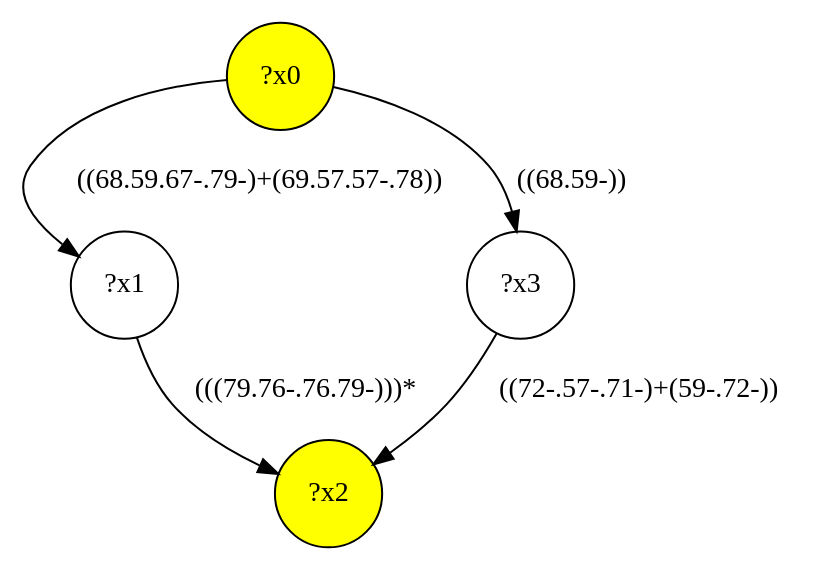
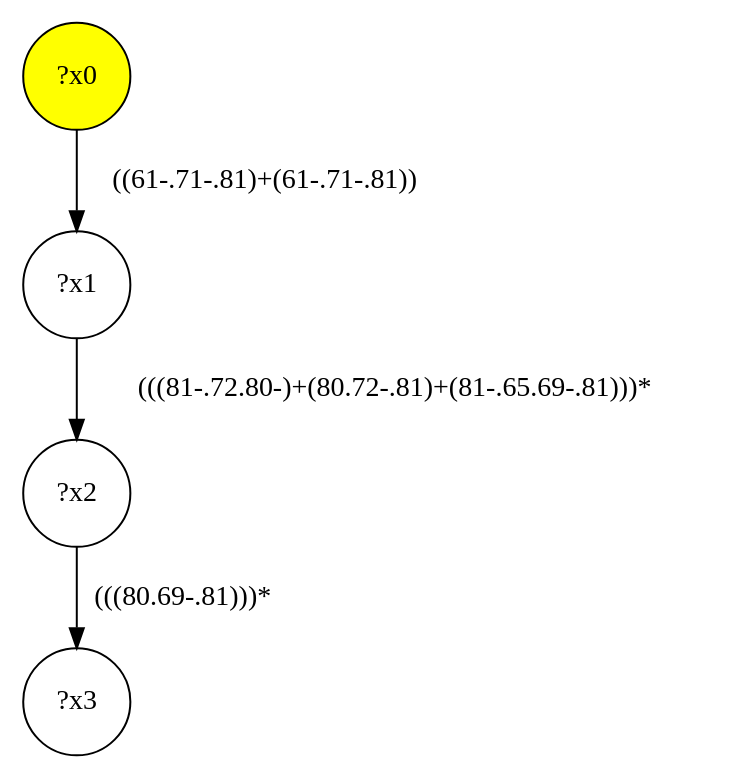
The diagram in lib/gmark/demo/shop/shop-interface/query-16.dot (MathieuGicquel/federated-benchmark), drawn with Graphviz before and after one commit. The commit also changed 354 other files, not shown here.

```diff
--- a/lib/gmark/demo/shop/shop-interface/query-16.dot
+++ b/lib/gmark/demo/shop/shop-interface/query-16.dot
@@ -1,10 +1,9 @@
 digraph g {
 	x0 [fillcolor="yellow", style="filled," shape=circle, label="?x0"];
-	x2 [fillcolor="yellow", style="filled," shape=circle, label="?x2"];
 	x1 [shape=circle, label="?x1"];
-	x0 -> x1 [label="((68.59.67-.79-)+(69.57.57-.78))"];
-	x1 -> x2 [label="(((79.76-.76.79-)))*"];
+	x0 -> x1 [label="((61-.71-.81)+(61-.71-.81))"];
+	x2 [shape=circle, label="?x2"];
+	x1 -> x2 [label="(((81-.72.80-)+(80.72-.81)+(81-.65.69-.81)))*"];
 	x3 [shape=circle, label="?x3"];
-	x0 -> x3 [label="((68.59-))"];
-	x3 -> x2 [label="((72-.57-.71-)+(59-.72-))"];
+	x2 -> x3 [label="(((80.69-.81)))*"];
 }
```
